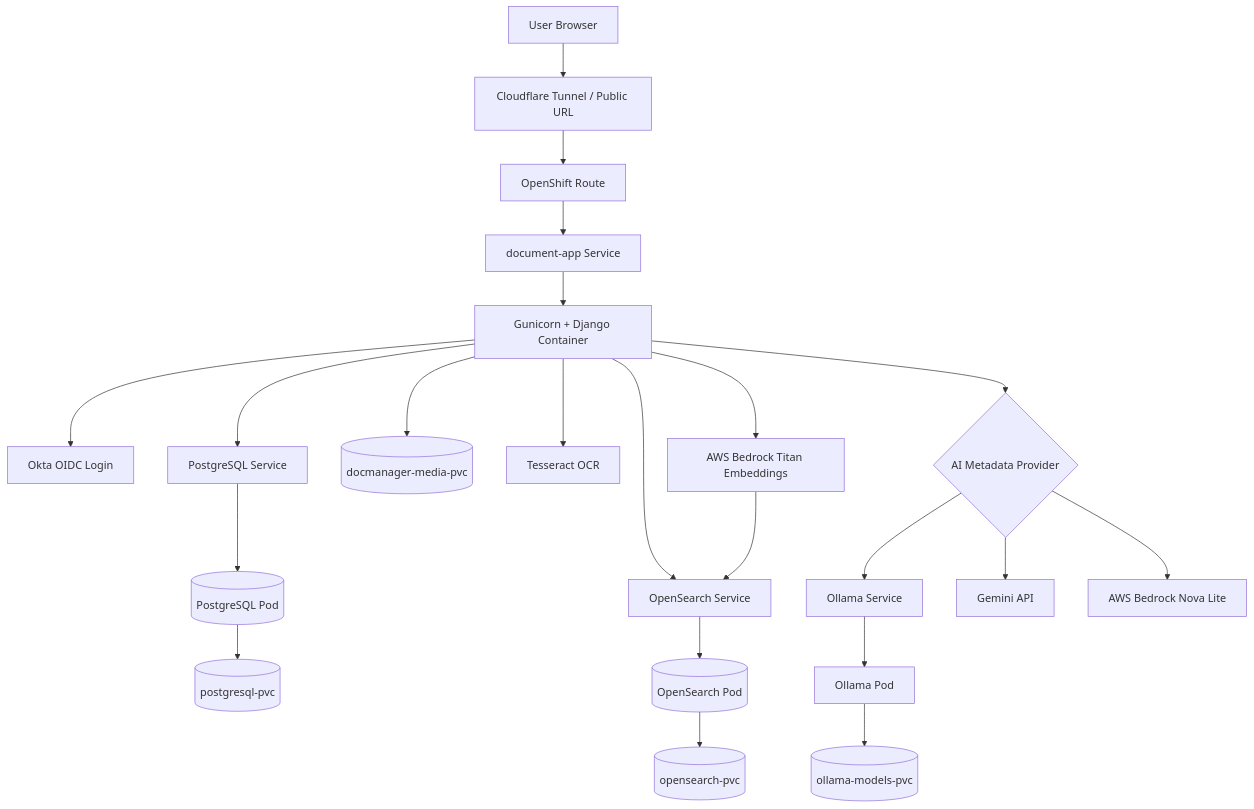
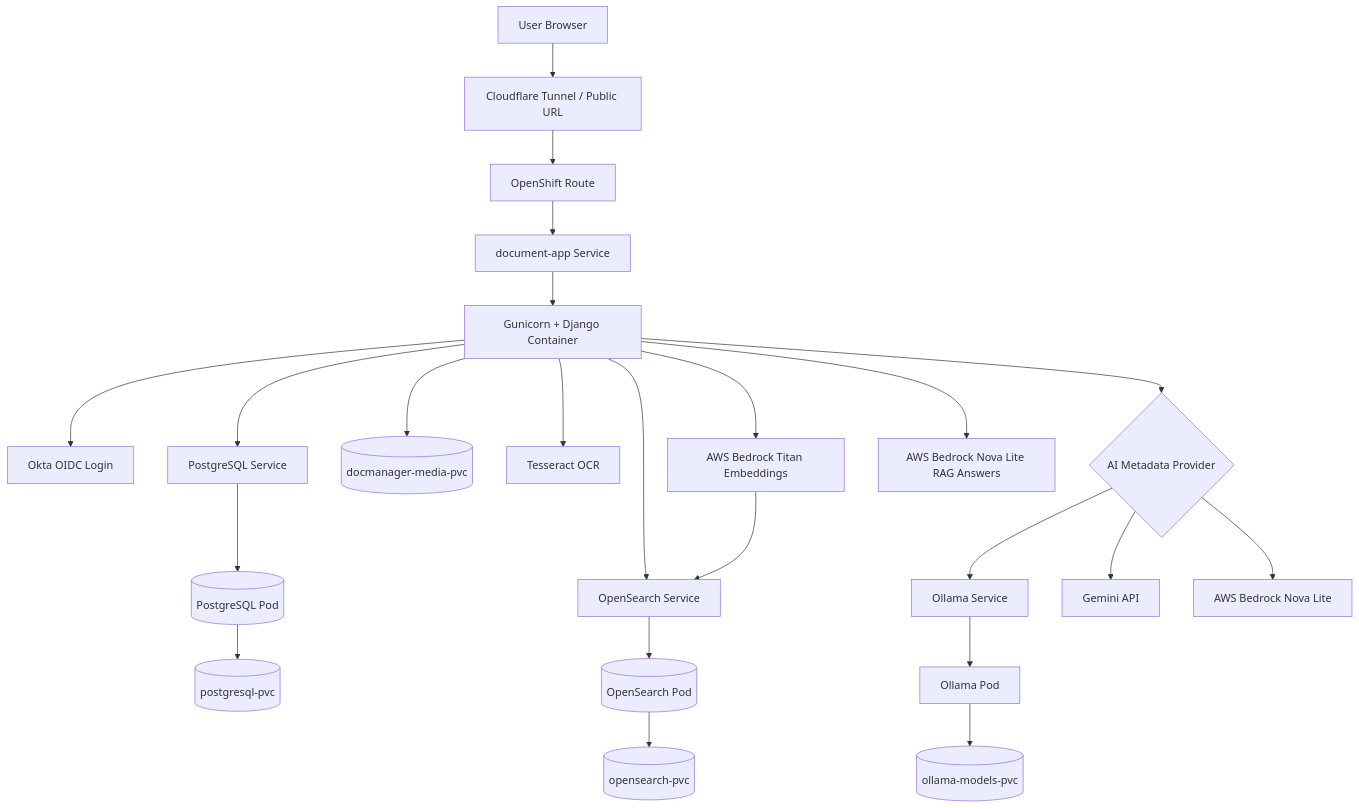
One commit to khaliqueaws-creator/document-management changed the first of 3 diagrams in docs/architecture.md. Above: the diagram before and after it, drawn with Mermaid. The commit also changed other lines of this file and 33 other files, not shown here.

````diff
--- a/docs/architecture.md
+++ b/docs/architecture.md
@@ -9,29 +9,30 @@
 ```mermaid
 flowchart TB
     User[User Browser] --> CF[Cloudflare Tunnel / Public URL]
     CF --> Route[OpenShift Route]
     Route --> SVC[document-app Service]
     SVC --> App[Gunicorn + Django Container]
 
     App --> Okta[Okta OIDC Login]
     App --> PostgreSQLSvc[PostgreSQL Service]
     PostgreSQLSvc --> PostgreSQL[(PostgreSQL Pod)]
     PostgreSQL --> PostgreSQLPVC[(postgresql-pvc)]
 
     App --> OpenSearchSvc[OpenSearch Service]
     OpenSearchSvc --> OpenSearch[(OpenSearch Pod)]
     OpenSearch --> OpenSearchPVC[(opensearch-pvc)]
 
     App --> MediaPVC[(docmanager-media-pvc)]
     App --> Tesseract[Tesseract OCR]
 
     App --> AIChoice{AI Metadata Provider}
     AIChoice --> OllamaSvc[Ollama Service]
     AIChoice --> Gemini[Gemini API]
     AIChoice --> Bedrock[AWS Bedrock Nova Lite]
     OllamaSvc --> Ollama[Ollama Pod]
     Ollama --> OllamaPVC[(ollama-models-pvc)]
 
     App --> Titan[AWS Bedrock Titan Embeddings]
     Titan --> OpenSearchSvc
+    App --> RAGAnswer[AWS Bedrock Nova Lite RAG Answers]
 ```
````
